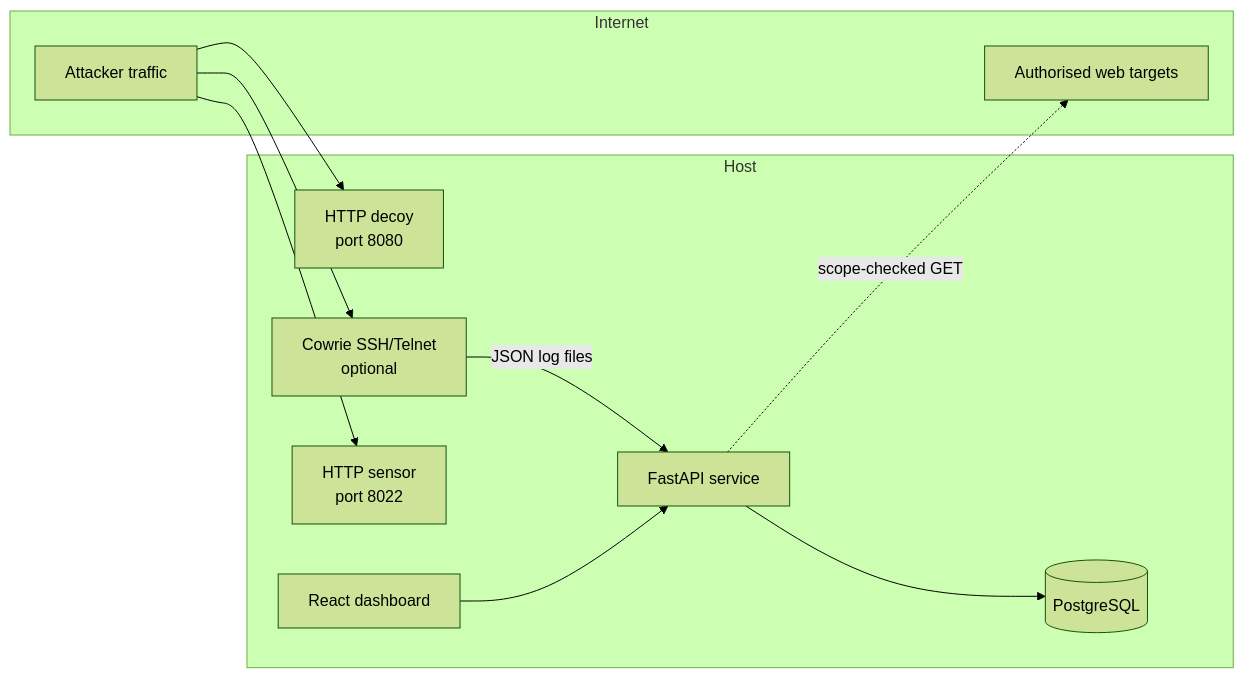
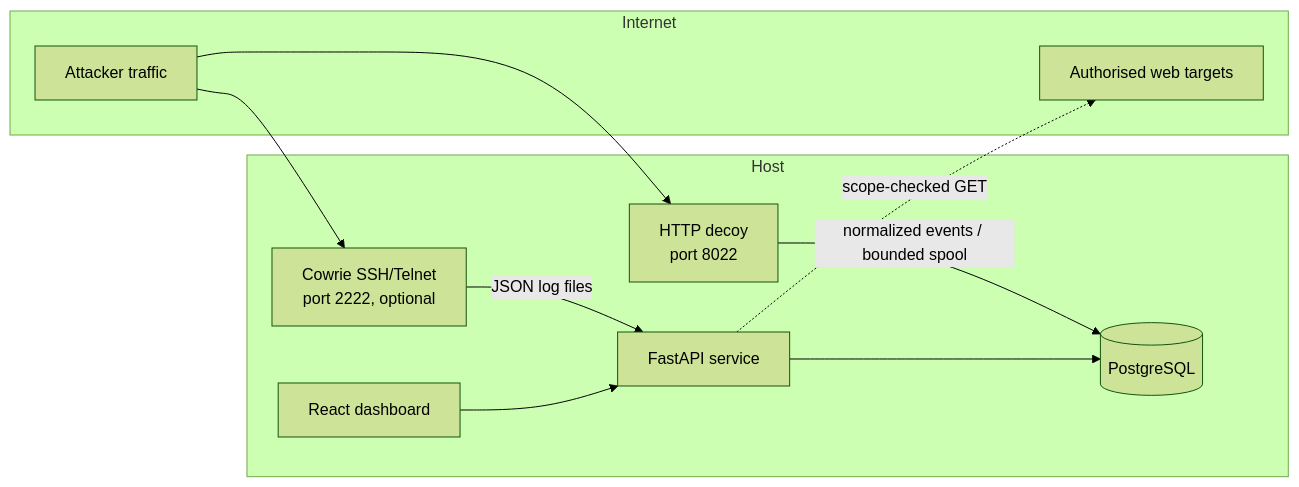
One commit to heyytrayamm/ThreatPolish changed the first of 3 diagrams in docs/02-architecture.md. Above: the diagram before and after it, drawn with Mermaid (forest theme). The commit also changed other lines of this file and 53 other files, not shown here.

Commit message:
Enforce bounded, strictly-serialisable input across ingestion, authentication, assessment redirects and the decoy, with an adversarial test suite covering each boundary. Refresh the release documentation and assets to describe the verified behaviour.

````diff
--- a/docs/02-architecture.md
+++ b/docs/02-architecture.md
@@ -8,22 +8,21 @@
 ```mermaid
 flowchart LR
   subgraph Internet
     A[Attacker traffic]
     W[Authorised web targets]
   end
   subgraph Host
-    D[HTTP decoy<br/>port 8080]
-    C[Cowrie SSH/Telnet<br/>optional]
-    P[HTTP sensor<br/>port 8022]
+    D[HTTP decoy<br/>port 8022]
+    C[Cowrie SSH/Telnet<br/>port 2222, optional]
     API[FastAPI service]
     DB[(PostgreSQL)]
     UI[React dashboard]
   end
   A --> D
   A --> C
   C -- JSON log files --> API
-  A --> P
+  D -- normalized events / bounded spool --> DB
   API --> DB
   UI --> API
   API -. scope-checked GET .-> W
 ```
````
